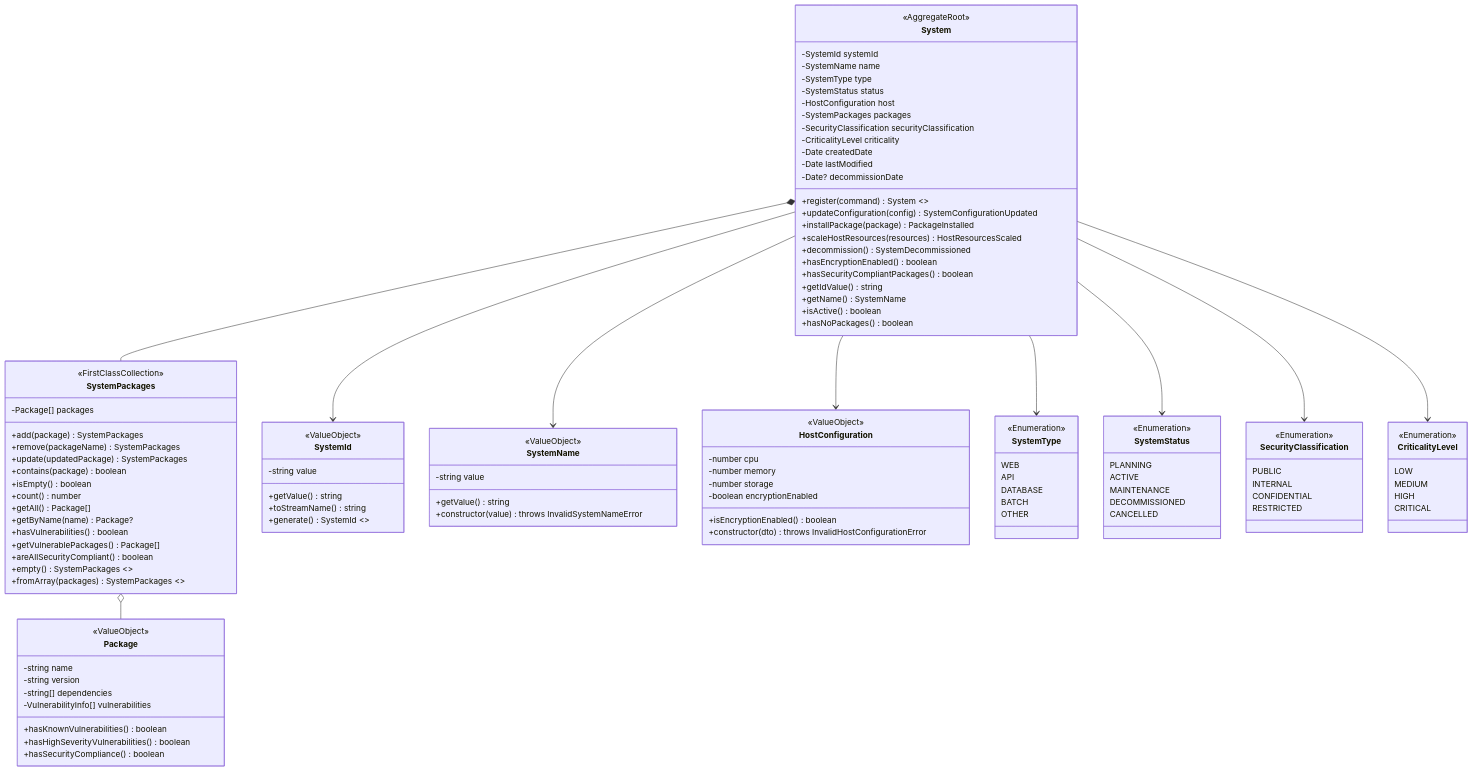
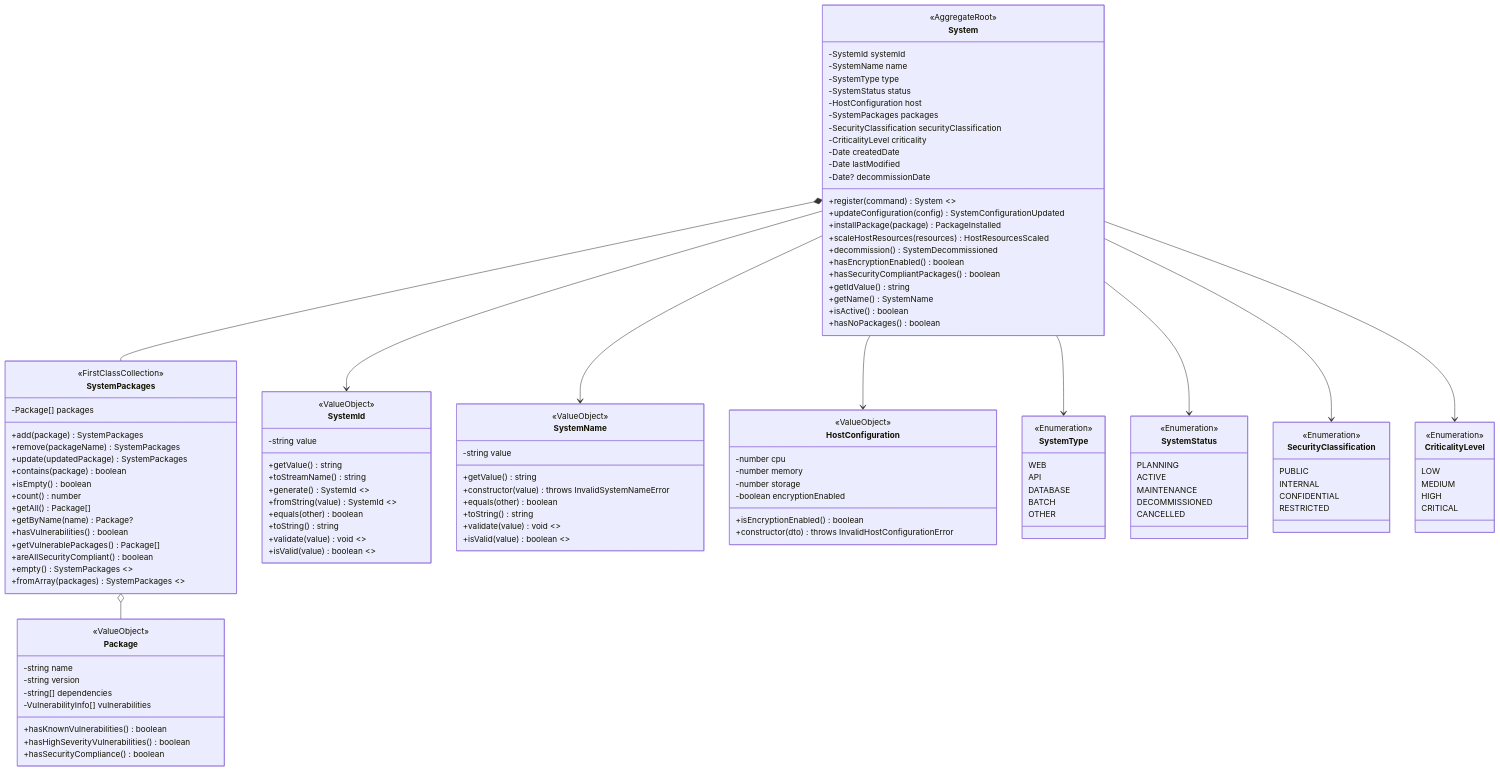
Before and after one commit to masakazu1967/system-board: the second of 3 diagrams in docs/spec/system-management/US-SM-001.md, drawn with Mermaid. The commit also changed other lines of this file, not shown here.

First line of the commit message:
feat(system-management): Zodライブラリによる値オブジェクトバリデーション実装

```diff
--- a/docs/spec/system-management/US-SM-001.md
+++ b/docs/spec/system-management/US-SM-001.md
@@ -214,6 +214,11 @@
         +getValue() string
         +toStreamName() string
         +generate() SystemId <<static>>
+        +fromString(value) SystemId <<static>>
+        +equals(other) boolean
+        +toString() string
+        +validate(value) void <<static>>
+        +isValid(value) boolean <<static>>
     }
 
     class SystemName {
@@ -221,6 +226,10 @@
         -string value
         +getValue() string
         +constructor(value) throws InvalidSystemNameError
+        +equals(other) boolean
+        +toString() string
+        +validate(value) void <<static>>
+        +isValid(value) boolean <<static>>
     }
 
     class HostConfiguration {
```
